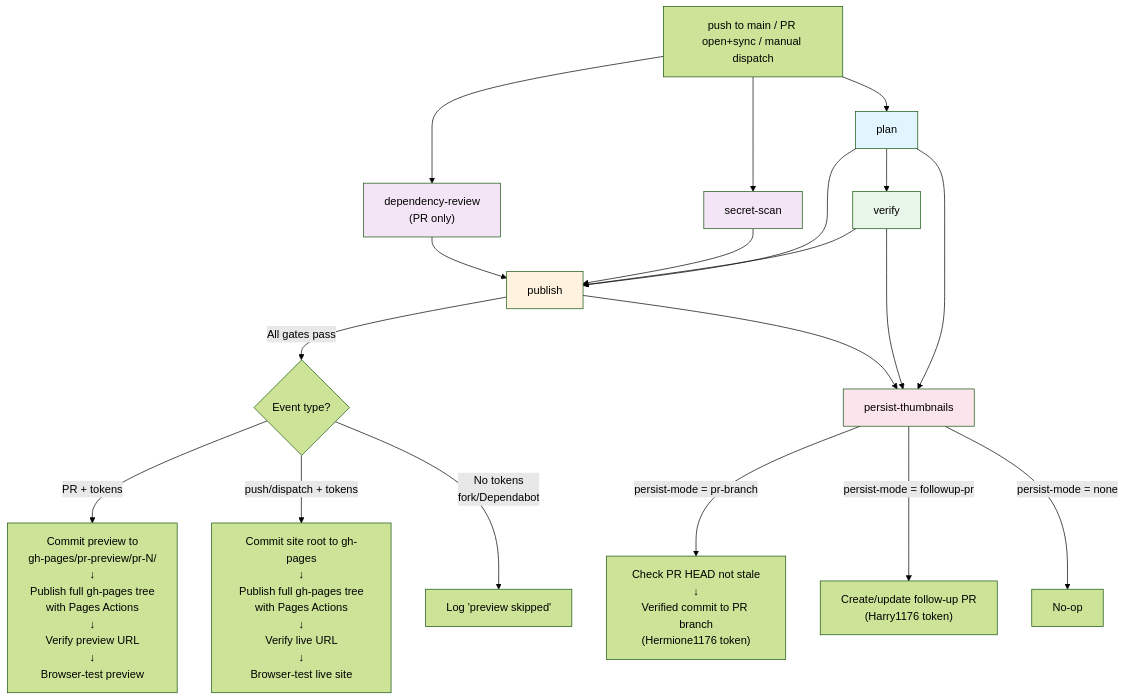
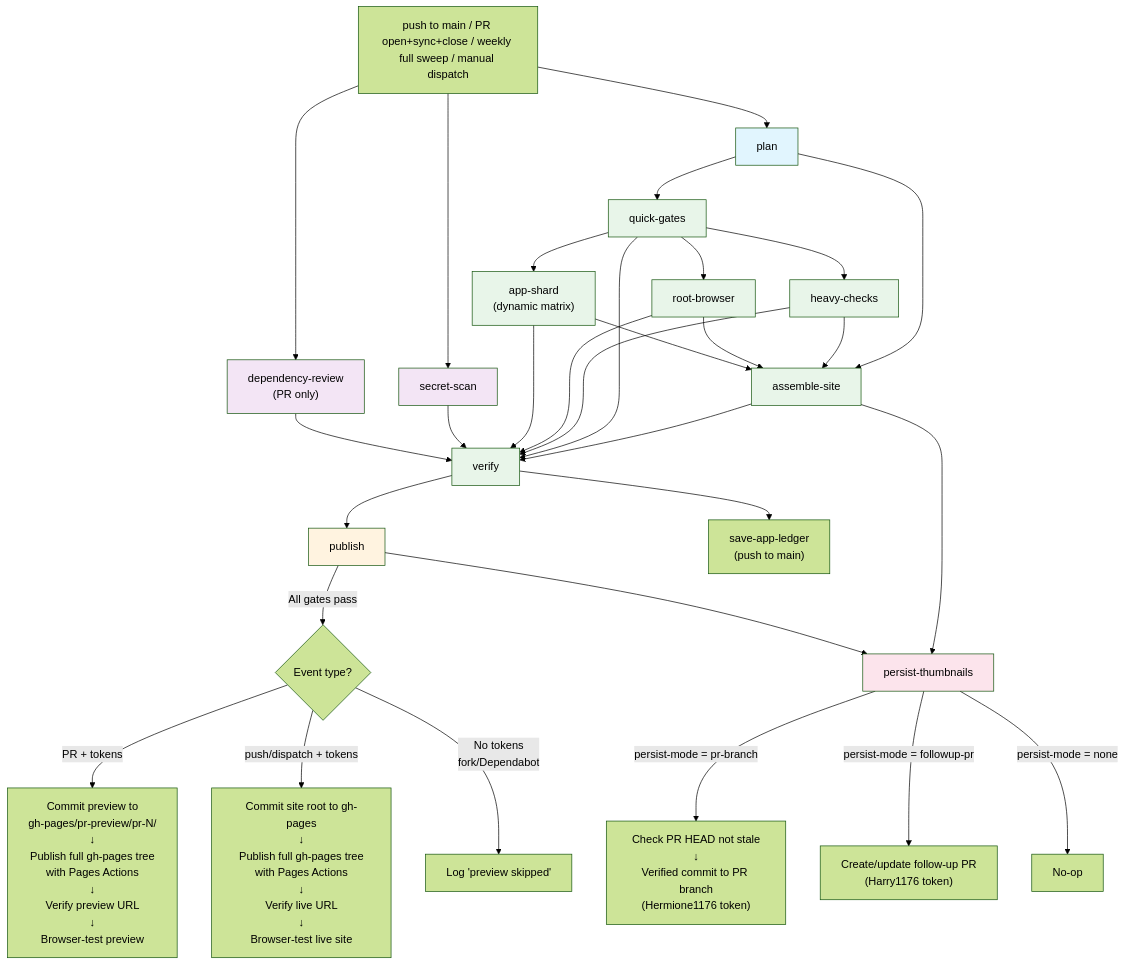
The first of 4 diagrams in docs/architecture.md (Hermione-Granger-1176/artifacts), drawn with Mermaid (forest theme) before and after one commit. The commit also changed other lines of this file and 36 other files, not shown here.

First line of the commit message:
Simplify control flow and sync docs with the sharded CI pipeline (#124)

````diff
--- a/docs/architecture.md
+++ b/docs/architecture.md
@@ -84,36 +86,54 @@
 ```mermaid
 graph TD
-    trigger["push to main / PR open+sync / manual dispatch"]
+    trigger["push to main / PR open+sync+close / weekly full sweep / manual dispatch"]
 
     trigger --> plan
     trigger --> secret_scan["secret-scan"]
     trigger --> dep_review["dependency-review<br/>(PR only)"]
 
-    plan --> verify
-    plan --> publish
+    plan --> quick["quick-gates"]
+    quick --> heavy["heavy-checks"]
+    quick --> root["root-browser"]
+    quick --> shards["app-shard<br/>(dynamic matrix)"]
+
+    plan --> assemble["assemble-site"]
+    heavy --> assemble
+    root --> assemble
+    shards --> assemble
+
+    assemble --> verify
+    quick --> verify
+    heavy --> verify
+    root --> verify
+    shards --> verify
+    secret_scan --> verify
+    dep_review --> verify
+
     verify --> publish
+    verify --> ledger["save-app-ledger<br/>(push to main)"]
 
     publish -->|"All gates pass"| publish_decision{Event type?}
 
     publish_decision -->|PR + tokens| pr_deploy["Commit preview to<br/>gh-pages/pr-preview/pr-N/<br/>↓<br/>Publish full gh-pages tree<br/>with Pages Actions<br/>↓<br/>Verify preview URL<br/>↓<br/>Browser-test preview"]
     publish_decision -->|push/dispatch + tokens| main_deploy["Commit site root to gh-pages<br/>↓<br/>Publish full gh-pages tree<br/>with Pages Actions<br/>↓<br/>Verify live URL<br/>↓<br/>Browser-test live site"]
     publish_decision -->|No tokens<br/>fork/Dependabot| skip["Log 'preview skipped'"]
 
-    plan --> persist["persist-thumbnails"]
-    verify --> persist
+    assemble --> persist["persist-thumbnails"]
     publish --> persist
 
     persist -->|"persist-mode = pr-branch"| pr_write["Check PR HEAD not stale<br/>↓<br/>Verified commit to PR branch<br/>(Hermione1176 token)"]
     persist -->|"persist-mode = followup-pr"| followup["Create/update follow-up PR<br/>(Harry1176 token)"]
     persist -->|"persist-mode = none"| noop["No-op"]
 
-    secret_scan --> publish
-    dep_review --> publish
-
     style plan fill:#e1f5fe
+    style quick fill:#e8f5e9
+    style heavy fill:#e8f5e9
+    style root fill:#e8f5e9
+    style shards fill:#e8f5e9
+    style assemble fill:#e8f5e9
     style verify fill:#e8f5e9
     style publish fill:#fff3e0
     style persist fill:#fce4ec
     style secret_scan fill:#f3e5f5
     style dep_review fill:#f3e5f5
 ```
````
